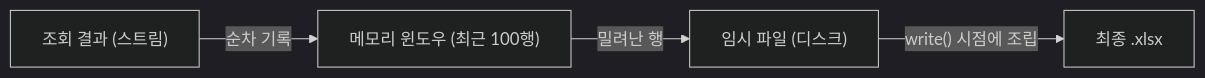
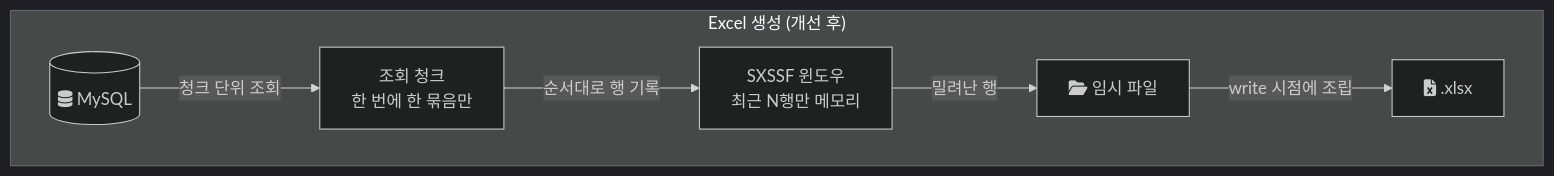
The fourth of 4 diagrams in _posts/notes/common/2025-12-06-batch-heap-dump-to-chunk.md (polynomeer/polynomeer.github.io), drawn with Mermaid (dark theme) before and after one commit. The commit also changed other lines of this file, not shown here.

````diff
--- a/_posts/notes/common/2025-12-06-batch-heap-dump-to-chunk.md
+++ b/_posts/notes/common/2025-12-06-batch-heap-dump-to-chunk.md
@@ -142,6 +193,9 @@
 ```mermaid
-flowchart LR
-    R["조회 결과 (스트림)"] -->|"순차 기록"| W["메모리 윈도우 (최근 100행)"]
-    W -->|"밀려난 행"| D["임시 파일 (디스크)"]
-    D -->|"write() 시점에 조립"| F["최종 .xlsx"]
+flowchart TD
+    subgraph AFTER["Excel 생성 (개선 후)"]
+        DB[("fa:fa-database MySQL")] -->|"청크 단위 조회"| Q["조회 청크<br/>한 번에 한 묶음만"]
+        Q -->|"순서대로 행 기록"| WIN["SXSSF 윈도우<br/>최근 N행만 메모리"]
+        WIN -->|"밀려난 행"| TMP["fa:fa-folder-open 임시 파일"]
+        TMP -->|"write 시점에 조립"| X["fa:fa-file-excel .xlsx"]
+    end
 ```
````
